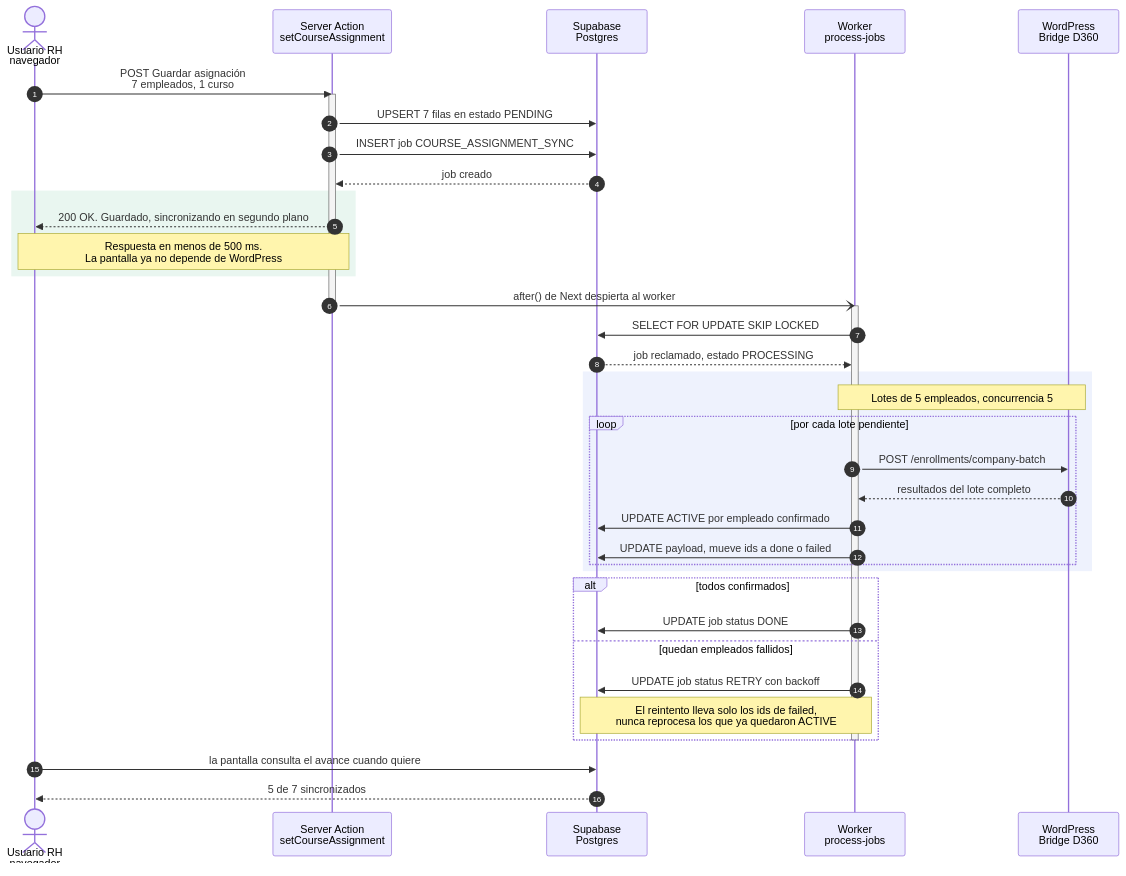
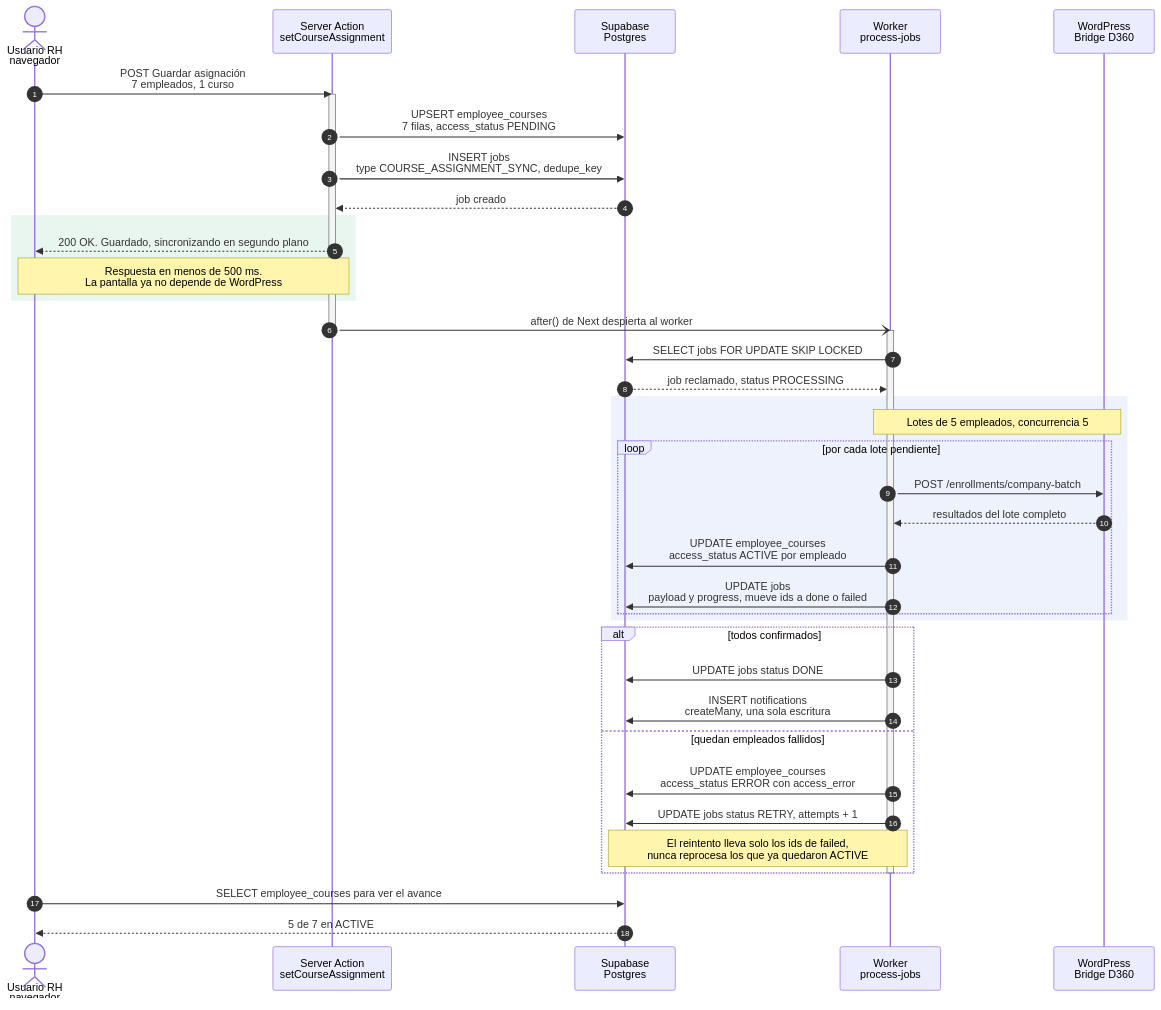
The second of 4 diagrams in docs-observability/PLAN-COLA-ASIGNACIONES.md (Paytini/desarrolla_sistema), drawn with Mermaid before and after one commit. The commit also changed other lines of this file and 2 other files, not shown here.

First line of the commit message:
docs: análisis del plugin puente con Tutor LMS

````diff
--- a/docs-observability/PLAN-COLA-ASIGNACIONES.md
+++ b/docs-observability/PLAN-COLA-ASIGNACIONES.md
@@ -152,49 +171,51 @@
 ```mermaid
 sequenceDiagram
     autonumber
     actor RH as Usuario RH<br/>navegador
     participant SA as Server Action<br/>setCourseAssignment
     participant PG as Supabase<br/>Postgres
     participant WK as Worker<br/>process-jobs
     participant WP as WordPress<br/>Bridge D360
 
     RH->>SA: POST Guardar asignación<br/>7 empleados, 1 curso
     activate SA
 
-    SA->>PG: UPSERT 7 filas en estado PENDING
-    SA->>PG: INSERT job COURSE_ASSIGNMENT_SYNC
+    SA->>PG: UPSERT employee_courses<br/>7 filas, access_status PENDING
+    SA->>PG: INSERT jobs<br/>type COURSE_ASSIGNMENT_SYNC, dedupe_key
     PG-->>SA: job creado
 
     rect rgb(233, 246, 240)
     SA-->>RH: 200 OK. Guardado, sincronizando en segundo plano
     Note over RH,SA: Respuesta en menos de 500 ms.<br/>La pantalla ya no depende de WordPress
     end
 
     SA-)WK: after() de Next despierta al worker
     deactivate SA
 
     activate WK
-    WK->>PG: SELECT FOR UPDATE SKIP LOCKED
-    PG-->>WK: job reclamado, estado PROCESSING
+    WK->>PG: SELECT jobs FOR UPDATE SKIP LOCKED
+    PG-->>WK: job reclamado, status PROCESSING
 
     rect rgb(238, 242, 253)
     Note over WK,WP: Lotes de 5 empleados, concurrencia 5
     loop por cada lote pendiente
         WK->>WP: POST /enrollments/company-batch
         WP-->>WK: resultados del lote completo
-        WK->>PG: UPDATE ACTIVE por empleado confirmado
-        WK->>PG: UPDATE payload, mueve ids a done o failed
+        WK->>PG: UPDATE employee_courses<br/>access_status ACTIVE por empleado
+        WK->>PG: UPDATE jobs<br/>payload y progress, mueve ids a done o failed
     end
     end
 
     alt todos confirmados
-        WK->>PG: UPDATE job status DONE
+        WK->>PG: UPDATE jobs status DONE
+        WK->>PG: INSERT notifications<br/>createMany, una sola escritura
     else quedan empleados fallidos
-        WK->>PG: UPDATE job status RETRY con backoff
+        WK->>PG: UPDATE employee_courses<br/>access_status ERROR con access_error
+        WK->>PG: UPDATE jobs status RETRY, attempts + 1
         Note over WK,PG: El reintento lleva solo los ids de failed,<br/>nunca reprocesa los que ya quedaron ACTIVE
     end
     deactivate WK
 
-    RH->>PG: la pantalla consulta el avance cuando quiere
-    PG-->>RH: 5 de 7 sincronizados
+    RH->>PG: SELECT employee_courses para ver el avance
+    PG-->>RH: 5 de 7 en ACTIVE
 ```
````
